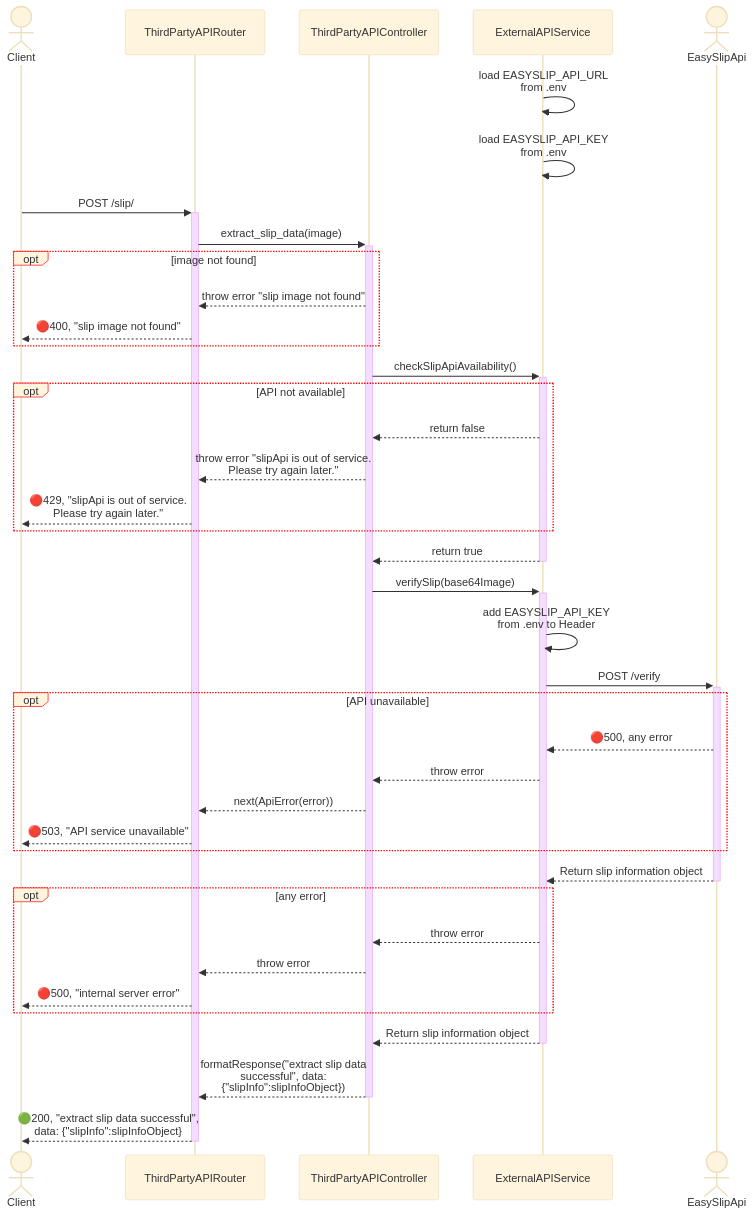
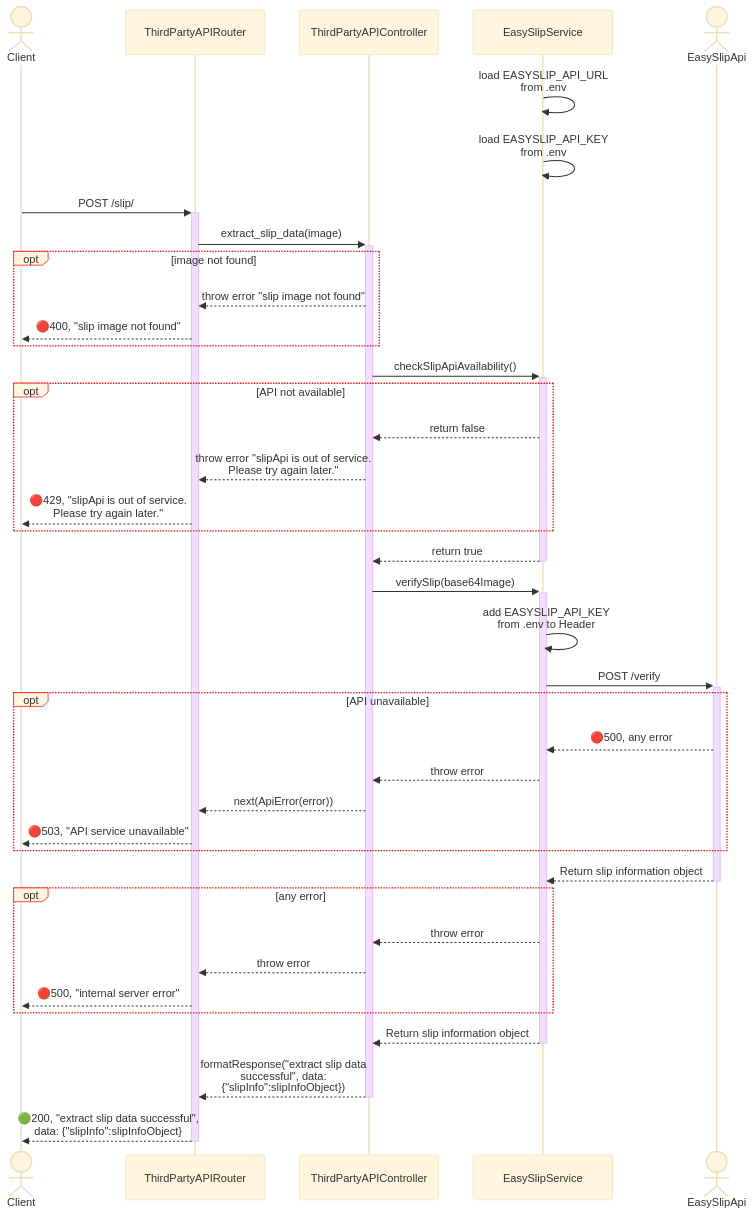
The diagram in design/newClassesDesign/api/SlipData.mmd (SawatKia/WealthTracking), drawn with Mermaid before and after one commit. The commit also changed 11 other files, not shown here.

Commit message:
update diagram and build script

```diff
--- a/design/newClassesDesign/api/SlipData.mmd
+++ b/design/newClassesDesign/api/SlipData.mmd
@@ -1,56 +1,56 @@
 %%{
     init: {
         "theme":"base",
         "themeVariables": {
             'labelBoxBorderColor': '#ff0000'
         },
         "sequence": { 
             "wrap": true, 
             "width": 202 
         } 
     }
 }%%
 sequenceDiagram
     Actor Client
     participant Router as ThirdPartyAPIRouter
     participant Cont as ThirdPartyAPIController
-    participant ApiClient as ExternalAPIService
+    participant ApiClient as EasySlipService
     Actor Api as EasySlipApi
     %% EASYSLIP_API document = "https://developer.easyslip.com/document"
 
     %% add EASYSLIP_API_URL = "https://developer.easyslip.com/api/v1"<br>to .env
     %% add EASYSLIP_API_KEY from Easy api to .env
     
     ApiClient->>ApiClient: load EASYSLIP_API_URL from .env
     ApiClient->>ApiClient: load EASYSLIP_API_KEY from .env
     Client->>+Router: POST /slip/
     Router->>+Cont: extract_slip_data(image)
     opt image not found
         Cont-->>Router: throw error "slip image not found"
         Router-->>Client: 🔴400, "slip image not found"
     end
     Cont->>+ApiClient: checkSlipApiAvailability()
     opt API not available
         ApiClient-->>Cont: return false
         Cont-->>Router: throw error "slipApi is out of service. Please try again later."
         Router-->>Client: 🔴429, "slipApi is out of service. Please try again later."
     end
     ApiClient-->>-Cont: return true
     Cont->>+ApiClient: verifySlip(base64Image)
     ApiClient->>ApiClient: add EASYSLIP_API_KEY from .env to Header
     ApiClient->>+Api: POST /verify
     opt API unavailable
         Api-->>ApiClient: 🔴500, any error
         ApiClient-->>Cont: throw error 
         Cont-->>Router: next(ApiError(error)) 
         Router-->>Client: 🔴503, "API service unavailable"
     end
     Api-->>-ApiClient: Return slip information object
     opt any error
         ApiClient-->>Cont: throw error
         Cont-->>Router: throw error 
         Router-->>Client: 🔴500, "internal server error"
     end
     ApiClient-->>-Cont: Return slip information object
     Cont-->>-Router: formatResponse("extract slip data successful", data: {"slipInfo":slipInfoObject})
     Router-->>-Client: 🟢200, "extract slip data successful", data: {"slipInfo":slipInfoObject}
```
